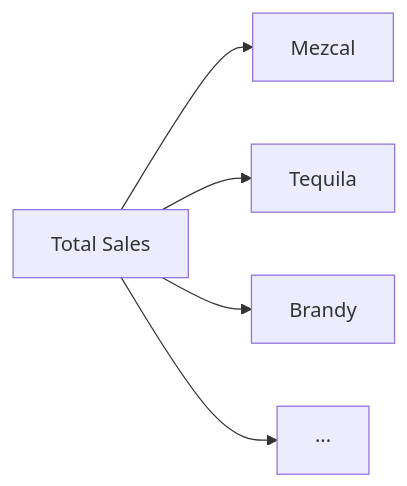
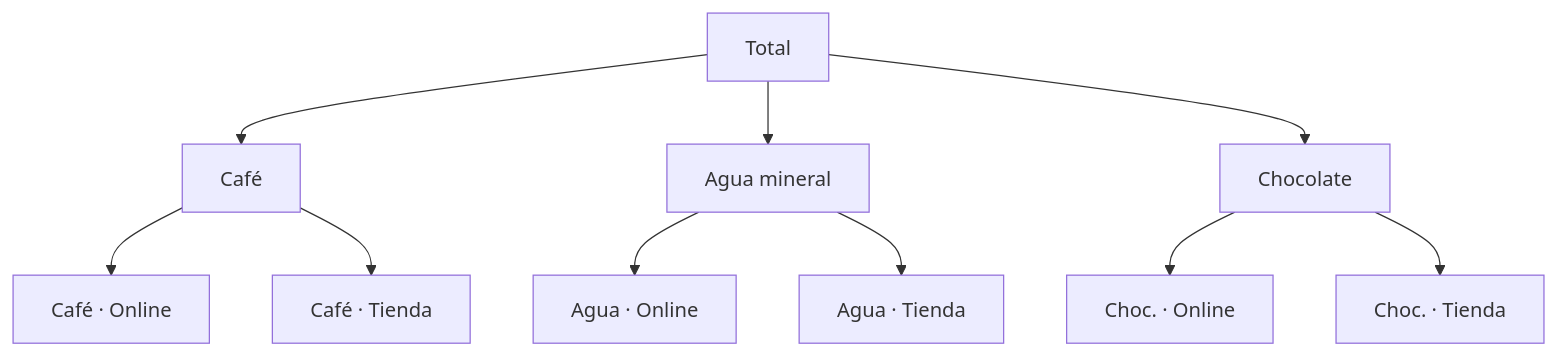
The second of 8 diagrams in docs/modules/module_4/04_hierarchical/hierarchical.llms.md (pbenavidesh/narsil), drawn with Mermaid before and after one commit. The commit also changed other lines of this file and 186 other files, not shown here.

````diff
--- a/docs/modules/module_4/04_hierarchical/hierarchical.llms.md
+++ b/docs/modules/module_4/04_hierarchical/hierarchical.llms.md
@@ -93,13 +174,23 @@
 ``` mermaid
-graph LR
-    T["Total Sales"]
-    M["Mezcal"]
-    TQ["Tequila"]
-    B["Brandy"]
-    E["···"]
+graph TD
+    T["Total"]
+    CA["Café"]
+    AG["Agua mineral"]
+    CH["Chocolate"]
+    CAO["Café · Online"]
+    CAT["Café · Tienda"]
+    AGO["Agua · Online"]
+    AGT["Agua · Tienda"]
+    CHO["Choc. · Online"]
+    CHT["Choc. · Tienda"]
 
-    T --> M
-    T --> TQ
-    T --> B
-    T --> E
+    T --> CA
+    T --> AG
+    T --> CH
+    CA --> CAO
+    CA --> CAT
+    AG --> AGO
+    AG --> AGT
+    CH --> CHO
+    CH --> CHT
 ```
````
